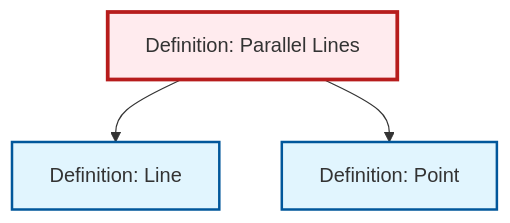
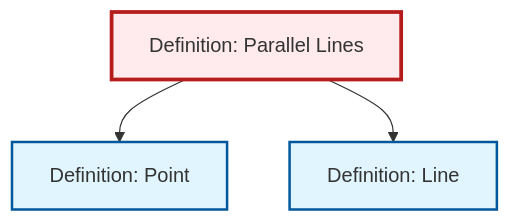
One commit to RK0429/ModernMath changed the diagram in content/en/geometry/def-parallel.qmd. Above: the diagram before and after it, drawn with Mermaid. The commit also changed other lines of this file and 597 other files, not shown here.

````diff
--- a/content/en/geometry/def-parallel.qmd
+++ b/content/en/geometry/def-parallel.qmd
@@ -87,17 +87,17 @@
 ```{mermaid}
 %%| fig-cap: "Local dependency graph"
 graph TD
     classDef definition fill:#e1f5fe,stroke:#01579b,stroke-width:2px
     classDef theorem fill:#f3e5f5,stroke:#4a148c,stroke-width:2px
     classDef axiom fill:#fff3e0,stroke:#e65100,stroke-width:2px
     classDef example fill:#e8f5e9,stroke:#1b5e20,stroke-width:2px
     classDef current fill:#ffebee,stroke:#b71c1c,stroke-width:3px
     def-parallel["Definition: Parallel Lines"]:::definition
+    def-line["Definition: Line"]:::definition
     def-point["Definition: Point"]:::definition
-    def-line["Definition: Line"]:::definition
+    def-parallel --> def-point
     def-parallel --> def-line
-    def-parallel --> def-point
     class def-parallel current
+    click def-line "def-line.html" "Go to Line definition"
     click def-point "def-point.html" "Go to Point definition"
-    click def-line "def-line.html" "Go to Line definition"
 ```
````
